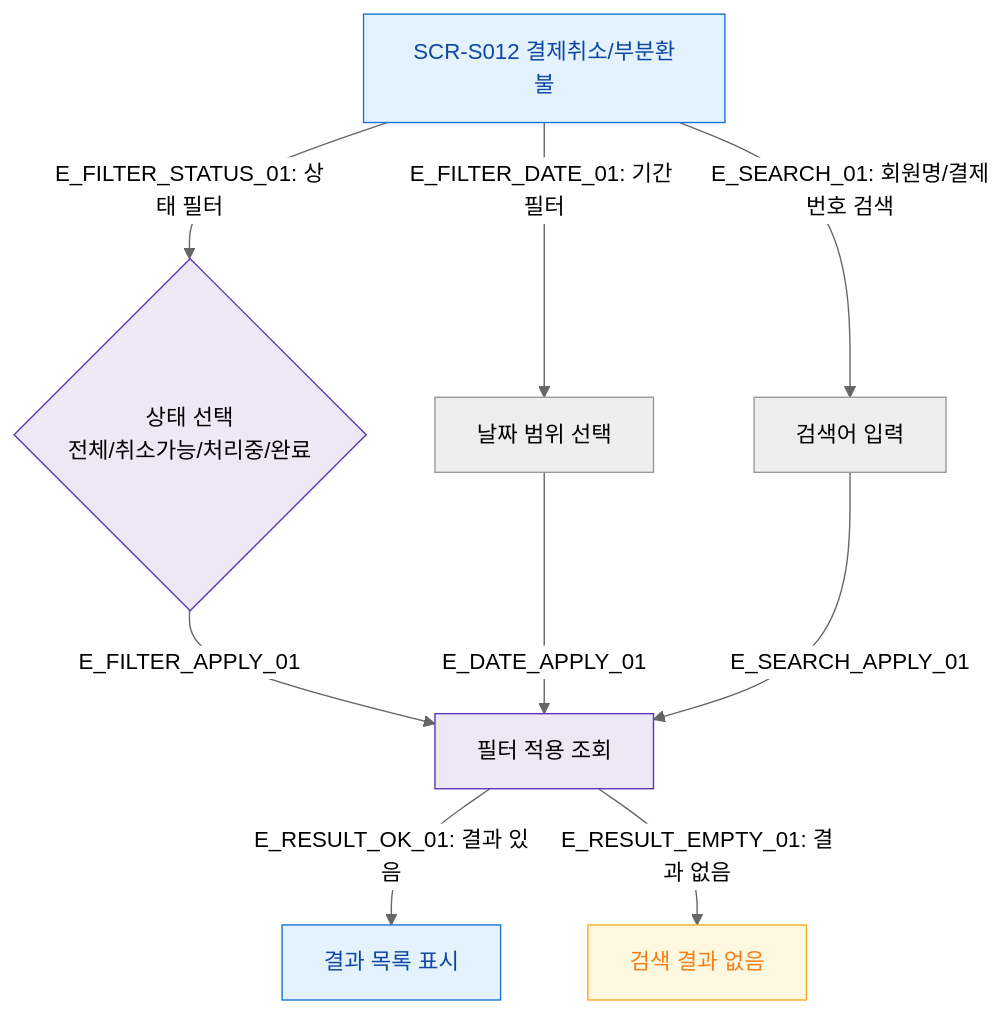
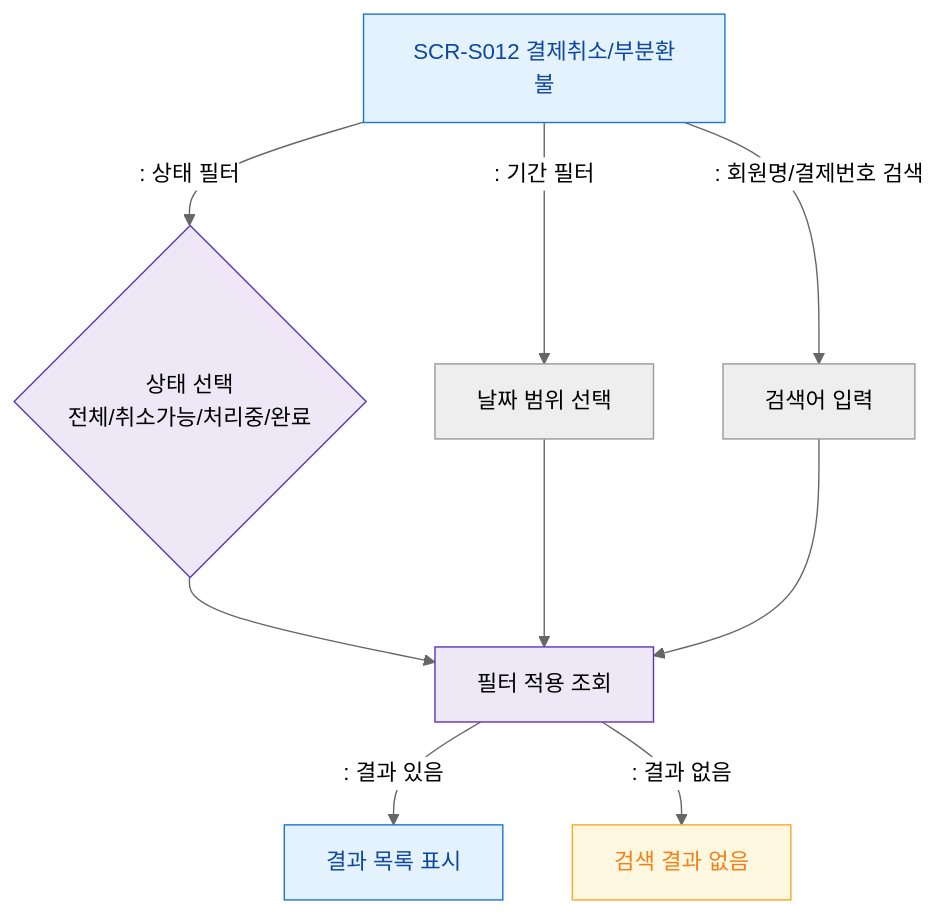
Before and after one commit to dev-spogym/admin-pando: the diagram in docs/다이어그램/D03_매출관리/SCR-S012_결제취소_부분환불/F4_필터검색.md, drawn with Mermaid (neutral theme). The commit also changed other lines of this file and 1660 other files, not shown here.

First line of the commit message:
다이어그램: 기획자/클라이언트 납품본으로 정리

````diff
--- a/docs/다이어그램/D03_매출관리/SCR-S012_결제취소_부분환불/F4_필터검색.md
+++ b/docs/다이어그램/D03_매출관리/SCR-S012_결제취소_부분환불/F4_필터검색.md
@@ -20,23 +18,23 @@
 ```mermaid
 flowchart TD
     S012[SCR-S012 결제취소/부분환불]
 
-    S012 -->|"E_FILTER_STATUS_01: 상태 필터"| STATUS_FILTER{상태 선택\n전체/취소가능/처리중/완료}
-    S012 -->|"E_FILTER_DATE_01: 기간 필터"| DATE_FILTER[날짜 범위 선택]
-    S012 -->|"E_SEARCH_01: 회원명/결제번호 검색"| SEARCH[검색어 입력]
+    S012 -->|": 상태 필터"|STATUS_FILTER{상태 선택\n전체/취소가능/처리중/완료}
+    S012 -->|": 기간 필터"|DATE_FILTER[날짜 범위 선택]
+    S012 -->|": 회원명/결제번호 검색"|SEARCH[검색어 입력]
 
-    STATUS_FILTER -->|E_FILTER_APPLY_01| FETCH_FILTERED[필터 적용 조회]
-    DATE_FILTER -->|E_DATE_APPLY_01| FETCH_FILTERED
-    SEARCH -->|E_SEARCH_APPLY_01| FETCH_FILTERED
+    STATUS_FILTER --> FETCH_FILTERED[필터 적용 조회]
+    DATE_FILTER --> FETCH_FILTERED
+    SEARCH --> FETCH_FILTERED
 
-    FETCH_FILTERED -->|"E_RESULT_OK_01: 결과 있음"| RESULT_LIST[결과 목록 표시]
-    FETCH_FILTERED -->|"E_RESULT_EMPTY_01: 결과 없음"| NO_RESULT[검색 결과 없음]
+    FETCH_FILTERED -->|": 결과 있음"|RESULT_LIST[결과 목록 표시]
+    FETCH_FILTERED -->|": 결과 없음"|NO_RESULT[검색 결과 없음]
 
     classDef screen fill:#E3F2FD,stroke:#1976D2,color:#0D47A1
     classDef system fill:#EDE7F6,stroke:#5E35B2
     classDef warning fill:#FFF8E1,stroke:#F9A825,color:#F57F17
 
     class S012,RESULT_LIST screen
     class STATUS_FILTER,FETCH_FILTERED system
     class NO_RESULT warning
 ```
````
